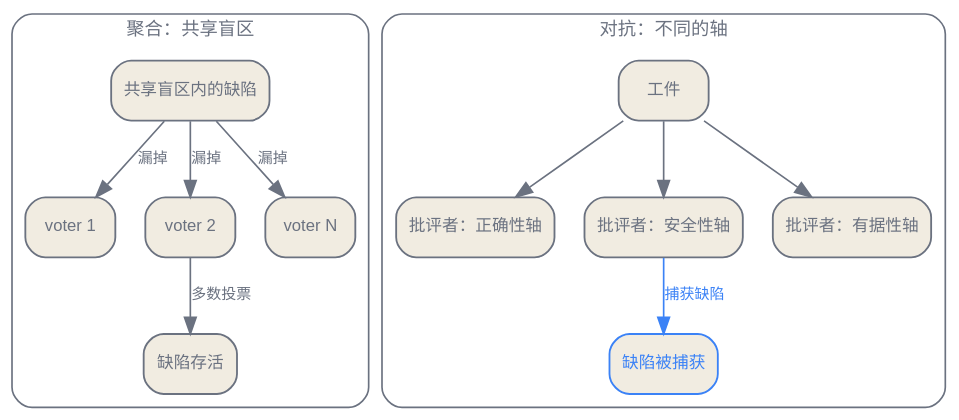
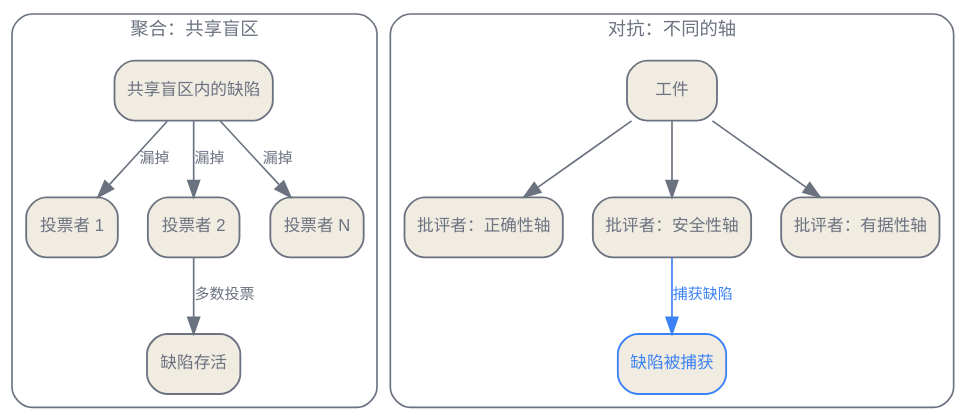
The second of 2 diagrams in zh/evaluation/03-evaluating-agents.qmd (latere-ai/ai-as-an-infrastructure), drawn with Graphviz before and after one commit. The commit also changed other lines of this file and 273 other files, not shown here.

Commit message:
docs: localize Chinese diagrams

````diff
--- a/zh/evaluation/03-evaluating-agents.qmd
+++ b/zh/evaluation/03-evaluating-agents.qmd
@@ -114,41 +114,41 @@
 ```{dot}
 //| label: fig-evaluating-agents-asymmetry
 //| fig-cap: "为何增加智能体对对抗式验证有帮助、对聚合却没有。取自同一个基础模型的 voter 共享一个盲区，于是落在其中的缺陷会通过每一票。覆盖不同轴的异构批评者各自覆盖一个不同的失败面，于是一位有能力的批评者捕获其余人漏掉的缺陷。"
 digraph asymmetry {
   rankdir=TB;
   bgcolor="transparent";
   node [shape=box, fontname="Helvetica", fontsize=10, style="rounded,filled", fillcolor="#f1ece1", color="#6b7280", fontcolor="#6b7280", penwidth=1.1];
   edge [fontname="Helvetica", fontsize=9, color="#6b7280", fontcolor="#6b7280"];
   compound=true;
 
   subgraph cluster_agg {
     label="聚合：共享盲区";
     fontname="Helvetica"; fontsize=11; fontcolor="#6b7280"; color="#6b7280"; style="rounded";
     flaw1 [label="共享盲区内的缺陷"];
-    v1 [label="voter 1"];
-    v2 [label="voter 2"];
-    v3 [label="voter N"];
+    v1 [label="投票者 1"];
+    v2 [label="投票者 2"];
+    v3 [label="投票者 N"];
     flaw1 -> v1 [label="漏掉"];
     flaw1 -> v2 [label="漏掉"];
     flaw1 -> v3 [label="漏掉"];
     v1 -> agg [style=invis];
     v2 -> agg [label="多数投票"];
     v3 -> agg [style=invis];
     agg [label="缺陷存活"];
   }
 
   subgraph cluster_adv {
     label="对抗：不同的轴";
     fontname="Helvetica"; fontsize=11; fontcolor="#6b7280"; color="#6b7280"; style="rounded";
     art [label="工件"];
     c1 [label="批评者：正确性轴"];
     c2 [label="批评者：安全性轴"];
     c3 [label="批评者：有据性轴"];
     art -> c1; art -> c2; art -> c3;
     c2 -> caught [label="捕获缺陷", color="#3b82f6", fontcolor="#3b82f6"];
     c1 -> caught [style=invis];
     c3 -> caught [style=invis];
     caught [label="缺陷被捕获", color="#3b82f6", fontcolor="#3b82f6"];
   }
 }
 ```
````
